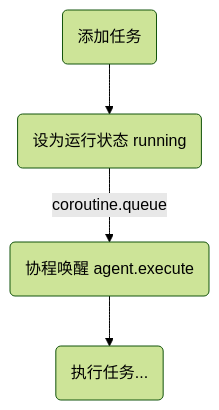
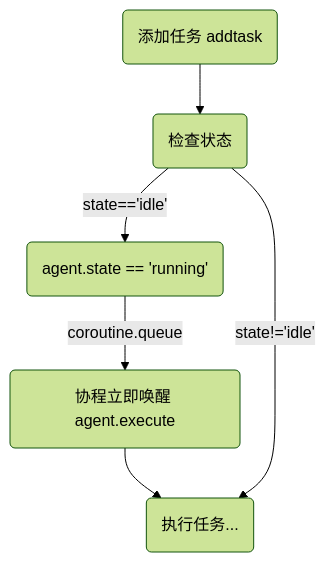
The second of 4 diagrams in docs/agent-template.md (huuhghhgyg/Container-Terminal-Simulation), drawn with Mermaid (forest theme) before and after one commit. The commit also changed other lines of this file and 4 other files, not shown here.

````diff
--- a/docs/agent-template.md
+++ b/docs/agent-template.md
@@ -21,9 +21,11 @@
 ```mermaid
 graph
-addtask(添加任务)
-invoke(协程唤醒 agent.execute)
-running(设为运行状态 running)
+addtask(添加任务 addtask)
+not_idle(检查状态)
+invoke(协程立即唤醒 agent.execute)
+running(agent.state == 'running')
 execute(执行任务...)
 
-addtask-->running-->|coroutine.queue|invoke-->execute
+addtask-->not_idle-->|state=='idle'|running-->|coroutine.queue|invoke-->execute
+not_idle-->|state!='idle'|execute
 ```
````
